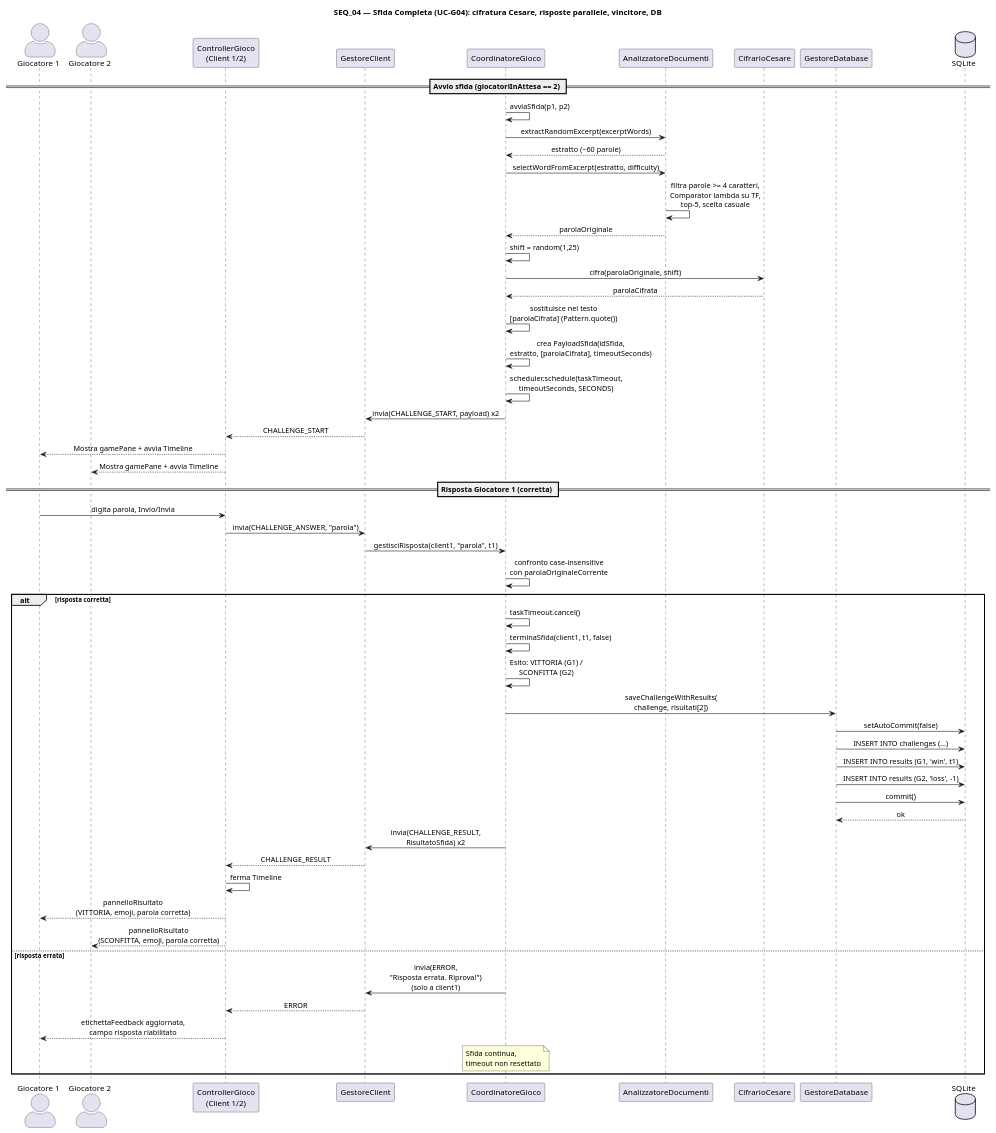
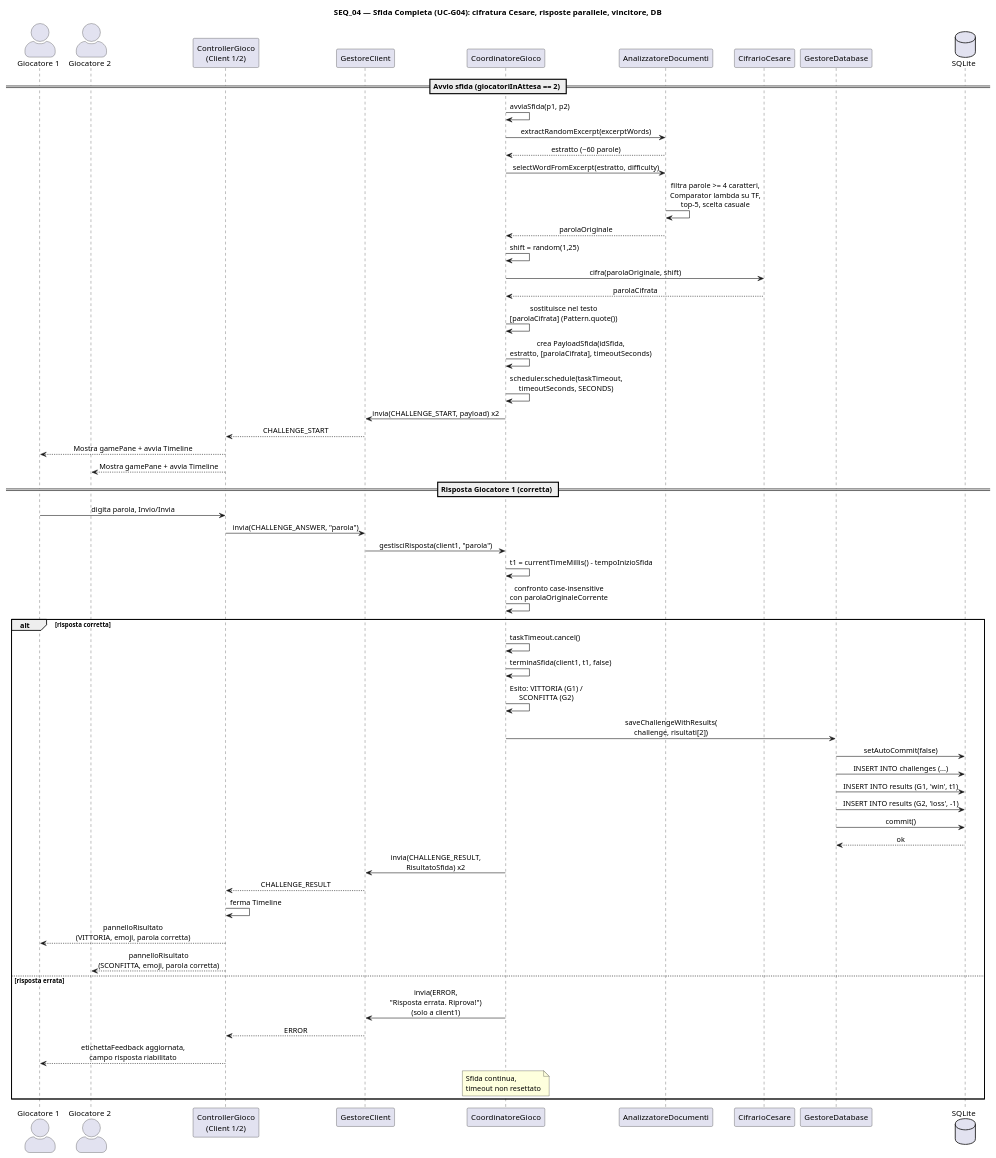
One commit to Michele-Pio-Russo/Progetto_Java_Avanzata_Gruppo_2 changed the diagram in Documenti/Diagrammi/SEQ_04_SfidaCompleta.puml. Above: the diagram before and after it, drawn with PlantUML. The commit also changed 12 other files, not shown here.

```diff
--- a/Documenti/Diagrammi/SEQ_04_SfidaCompleta.puml
+++ b/Documenti/Diagrammi/SEQ_04_SfidaCompleta.puml
@@ -1,68 +1,69 @@
 @startuml SEQ_04_SfidaCompleta
 skinparam actorStyle awesome
 skinparam sequenceMessageAlign center
 
 title SEQ_04 — Sfida Completa (UC-G04): cifratura Cesare, risposte parallele, vincitore, DB
 
 actor "Giocatore 1" as G1
 actor "Giocatore 2" as G2
 participant "ControllerGioco\n(Client 1/2)" as CG
 participant "GestoreClient" as GC
 participant "CoordinatoreGioco" as COORD
 participant "AnalizzatoreDocumenti" as AN
 participant "CifrarioCesare" as CES
 participant "GestoreDatabase" as DB_MGR
 database "SQLite" as DB
 
 == Avvio sfida (giocatoriInAttesa == 2) ==
 COORD -> COORD : avviaSfida(p1, p2)
 COORD -> AN : extractRandomExcerpt(excerptWords)
 AN --> COORD : estratto (~60 parole)
 COORD -> AN : selectWordFromExcerpt(estratto, difficulty)
 AN -> AN : filtra parole >= 4 caratteri,\nComparator lambda su TF,\ntop-5, scelta casuale
 AN --> COORD : parolaOriginale
 COORD -> COORD : shift = random(1,25)
 COORD -> CES : cifra(parolaOriginale, shift)
 CES --> COORD : parolaCifrata
 COORD -> COORD : sostituisce nel testo\n[parolaCifrata] (Pattern.quote())
 COORD -> COORD : crea PayloadSfida(idSfida,\nestratto, [parolaCifrata], timeoutSeconds)
 COORD -> COORD : scheduler.schedule(taskTimeout,\ntimeoutSeconds, SECONDS)
 COORD -> GC : invia(CHALLENGE_START, payload) x2
 GC --> CG : CHALLENGE_START
 
 CG --> G1 : Mostra gamePane + avvia Timeline
 CG --> G2 : Mostra gamePane + avvia Timeline
 
 == Risposta Giocatore 1 (corretta) ==
 G1 -> CG : digita parola, Invio/Invia
 CG -> GC : invia(CHALLENGE_ANSWER, "parola")
-GC -> COORD : gestisciRisposta(client1, "parola", t1)
+GC -> COORD : gestisciRisposta(client1, "parola")
+COORD -> COORD : t1 = currentTimeMillis() - tempoInizioSfida
 COORD -> COORD : confronto case-insensitive\ncon parolaOriginaleCorrente
 
 alt risposta corretta
   COORD -> COORD : taskTimeout.cancel()
   COORD -> COORD : terminaSfida(client1, t1, false)
   COORD -> COORD : Esito: VITTORIA (G1) /\nSCONFITTA (G2)
   COORD -> DB_MGR : saveChallengeWithResults(\nchallenge, risultati[2])
   DB_MGR -> DB : setAutoCommit(false)
   DB_MGR -> DB : INSERT INTO challenges (...)
   DB_MGR -> DB : INSERT INTO results (G1, 'win', t1)
   DB_MGR -> DB : INSERT INTO results (G2, 'loss', -1)
   DB_MGR -> DB : commit()
   DB --> DB_MGR : ok
   COORD -> GC : invia(CHALLENGE_RESULT,\nRisultatoSfida) x2
   GC --> CG : CHALLENGE_RESULT
   CG -> CG : ferma Timeline
   CG --> G1 : pannelloRisultato\n(VITTORIA, emoji, parola corretta)
   CG --> G2 : pannelloRisultato\n(SCONFITTA, emoji, parola corretta)
 
 else risposta errata
   COORD -> GC : invia(ERROR,\n"Risposta errata. Riprova!")\n(solo a client1)
   GC --> CG : ERROR
   CG --> G1 : etichettaFeedback aggiornata,\ncampo risposta riabilitato
   note over COORD
     Sfida continua,
     timeout non resettato
   end note
 end
 @enduml
```
